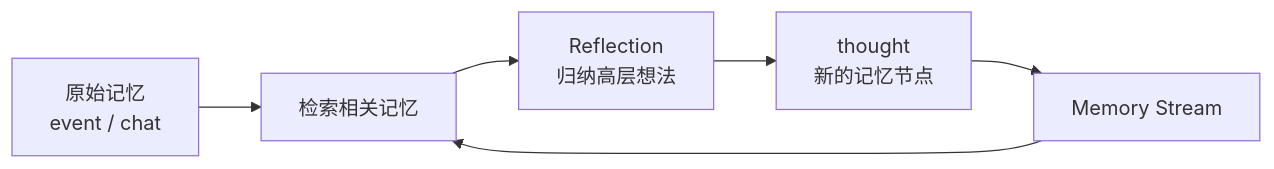
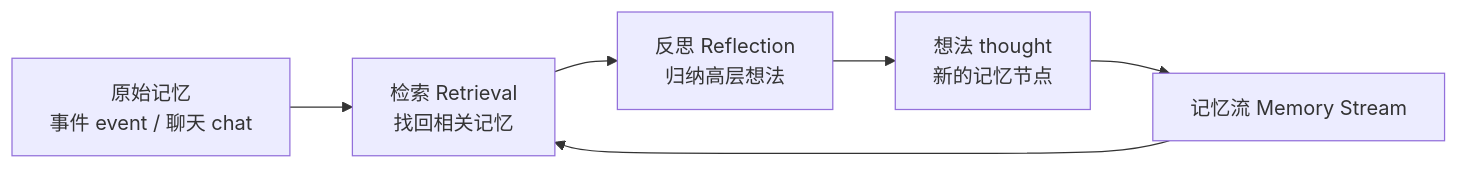
One commit to tbkken/GenerativeAgentsCN changed the third of 3 diagrams in docs/book/manuscript/part_01/chapter_05.md. Above: the diagram before and after it, drawn with Mermaid. The commit also changed other lines of this file and 51 other files, not shown here.

````diff
--- a/docs/book/manuscript/part_01/chapter_05.md
+++ b/docs/book/manuscript/part_01/chapter_05.md
@@ -357,8 +226,8 @@
 ```mermaid
 flowchart LR
-    Raw["原始记忆<br/>event / chat"] --> Retrieve["检索相关记忆"]
-    Retrieve --> Reflect["Reflection<br/>归纳高层想法"]
-    Reflect --> Thought["thought<br/>新的记忆节点"]
-    Thought --> Stream["Memory Stream"]
+    Raw["原始记忆<br/>事件 event / 聊天 chat"] --> Retrieve["检索 Retrieval<br/>找回相关记忆"]
+    Retrieve --> Reflect["反思 Reflection<br/>归纳高层想法"]
+    Reflect --> Thought["想法 thought<br/>新的记忆节点"]
+    Thought --> Stream["记忆流 Memory Stream"]
     Stream --> Retrieve
 ```
````
